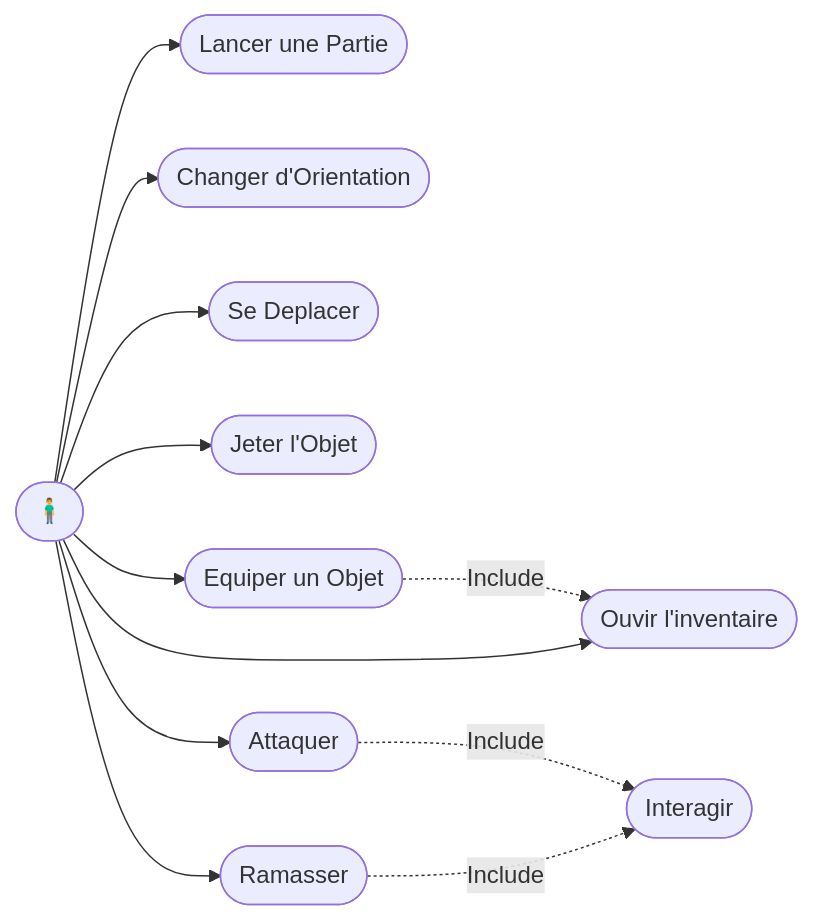
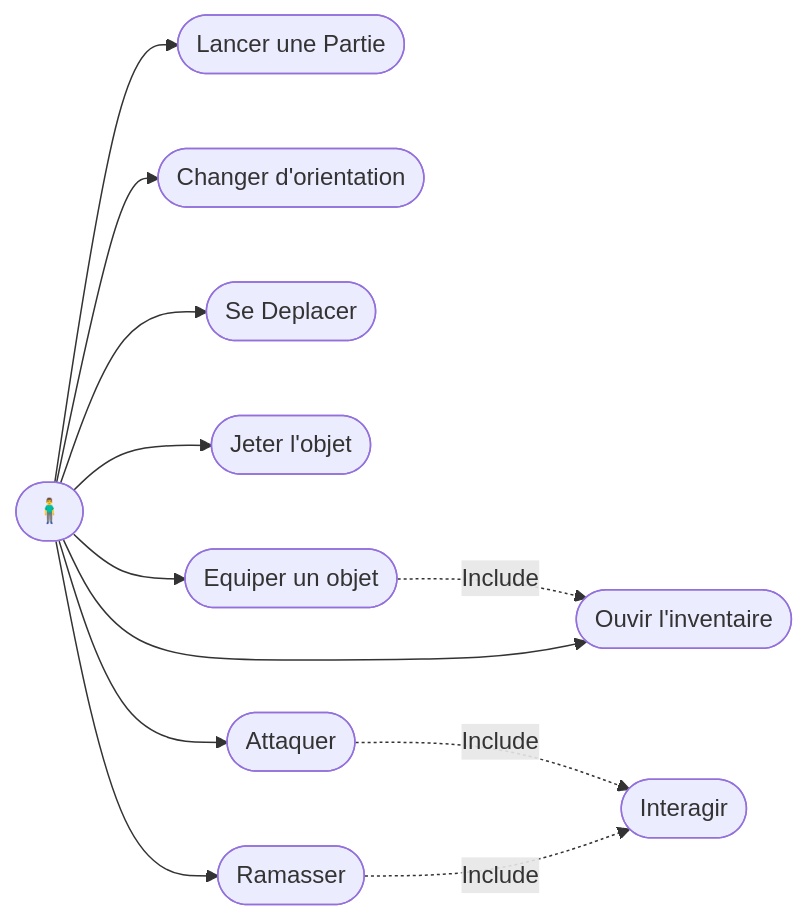
One commit to danydudiot/javaclysm changed the diagram in documents/ProjetCOOItération1Scénario.md. Above: the diagram before and after it, drawn with Mermaid. The commit also changed other lines of this file and 1 other file, not shown here.

Commit message:
diagramme

````diff
--- a/documents/ProjetCOOItération1Scénario.md
+++ b/documents/ProjetCOOItération1Scénario.md
@@ -3,22 +3,22 @@
 ```Mermaid
 flowchart LR
 L([Lancer une Partie])
-C([Changer d'Orientation])
+C([Changer d'orientation])
 B([Se Deplacer])
 E([Ouvir l'inventaire])
-J([Jeter l'Objet])
-EE([Equiper un Objet])
+J([Jeter l'objet])
+EE([Equiper un objet])
 A([Attaquer])
 R([Ramasser])
 I([Interagir])
 P([🧍‍♂️])
 
 P --> L
 P --> B
 P --> C
 P --> EE -. "Include" .-> E
 P --> E
 P --> J
 P --> A -. "Include" .-> I
 P --> R -. "Include" .-> I
 ```
````
